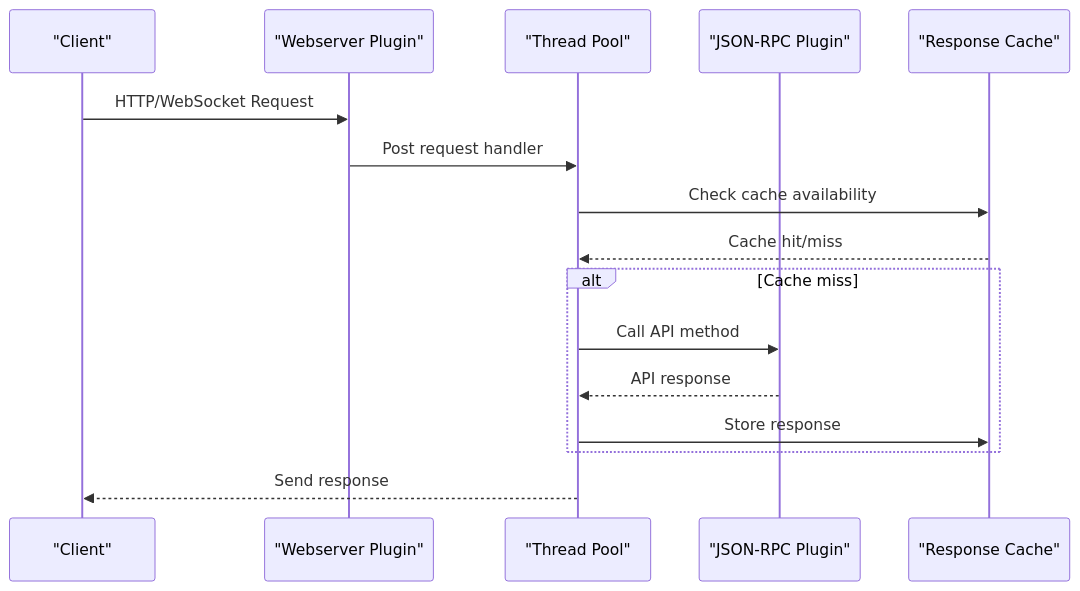
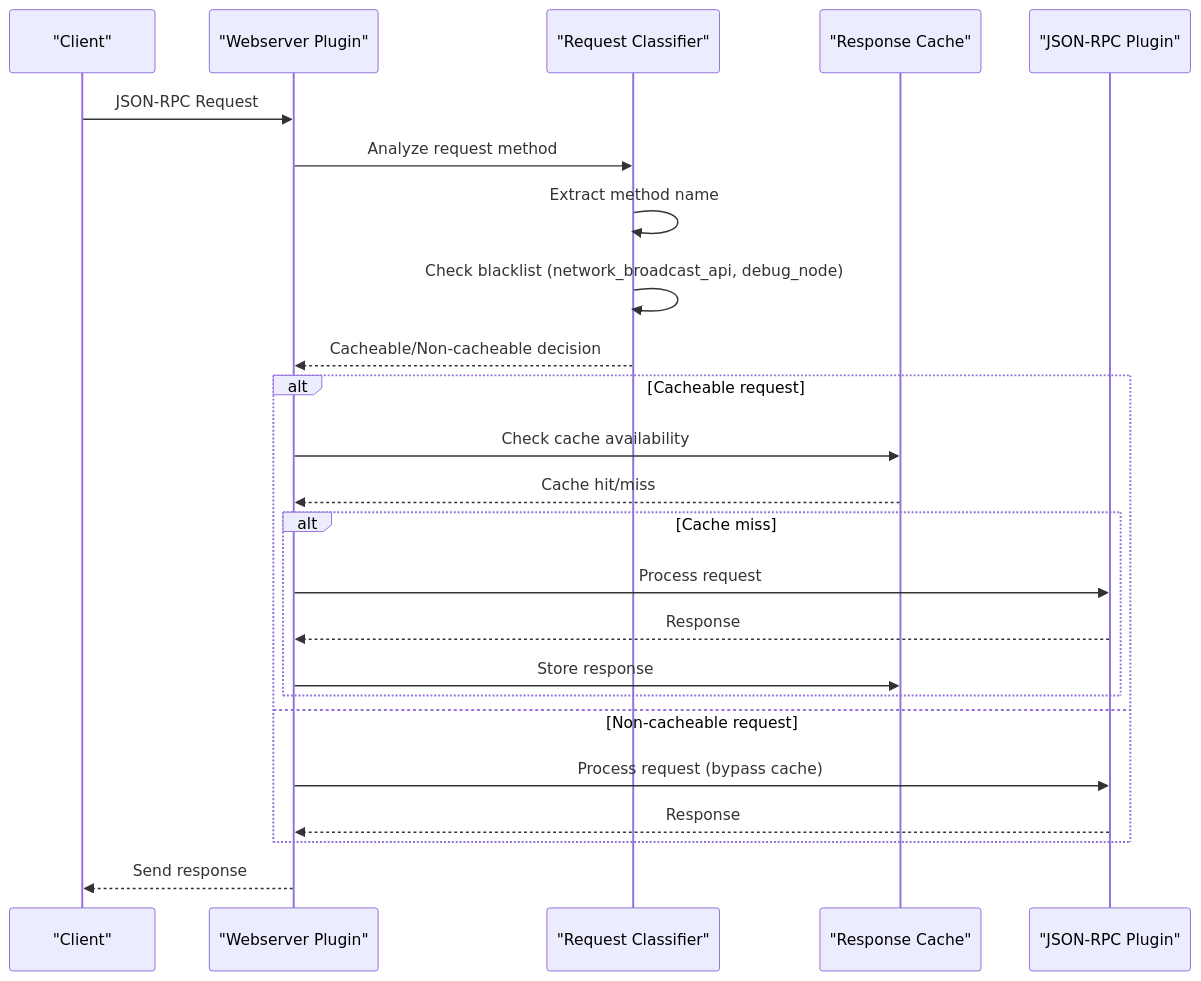
The third of 8 diagrams in .qoder/repowiki/en/content/Webserver Plugin.md (VIZ-Blockchain/viz-cpp-node), drawn with Mermaid before and after one commit. The commit also changed other lines of this file and 5 other files, not shown here.

````diff
--- a/.qoder/repowiki/en/content/Webserver Plugin.md
+++ b/.qoder/repowiki/en/content/Webserver Plugin.md
@@ -153,18 +159,26 @@
 ```mermaid
 sequenceDiagram
 participant Client as "Client"
 participant Server as "Webserver Plugin"
-participant ThreadPool as "Thread Pool"
+participant Classifier as "Request Classifier"
+participant Cache as "Response Cache"
 participant JSONRPC as "JSON-RPC Plugin"
-participant Cache as "Response Cache"
-Client->>Server : HTTP/WebSocket Request
-Server->>ThreadPool : Post request handler
-ThreadPool->>Cache : Check cache availability
-Cache-->>ThreadPool : Cache hit/miss
+Client->>Server : JSON-RPC Request
+Server->>Classifier : Analyze request method
+Classifier->>Classifier : Extract method name
+Classifier->>Classifier : Check blacklist (network_broadcast_api, debug_node)
+Classifier-->>Server : Cacheable/Non-cacheable decision
+alt Cacheable request
+Server->>Cache : Check cache availability
+Cache-->>Server : Cache hit/miss
 alt Cache miss
-ThreadPool->>JSONRPC : Call API method
-JSONRPC-->>ThreadPool : API response
-ThreadPool->>Cache : Store response
+Server->>JSONRPC : Process request
+JSONRPC-->>Server : Response
+Server->>Cache : Store response
 end
-ThreadPool-->>Client : Send response
+else Non-cacheable request
+Server->>JSONRPC : Process request (bypass cache)
+JSONRPC-->>Server : Response
+end
+Server-->>Client : Send response
 ```
````
